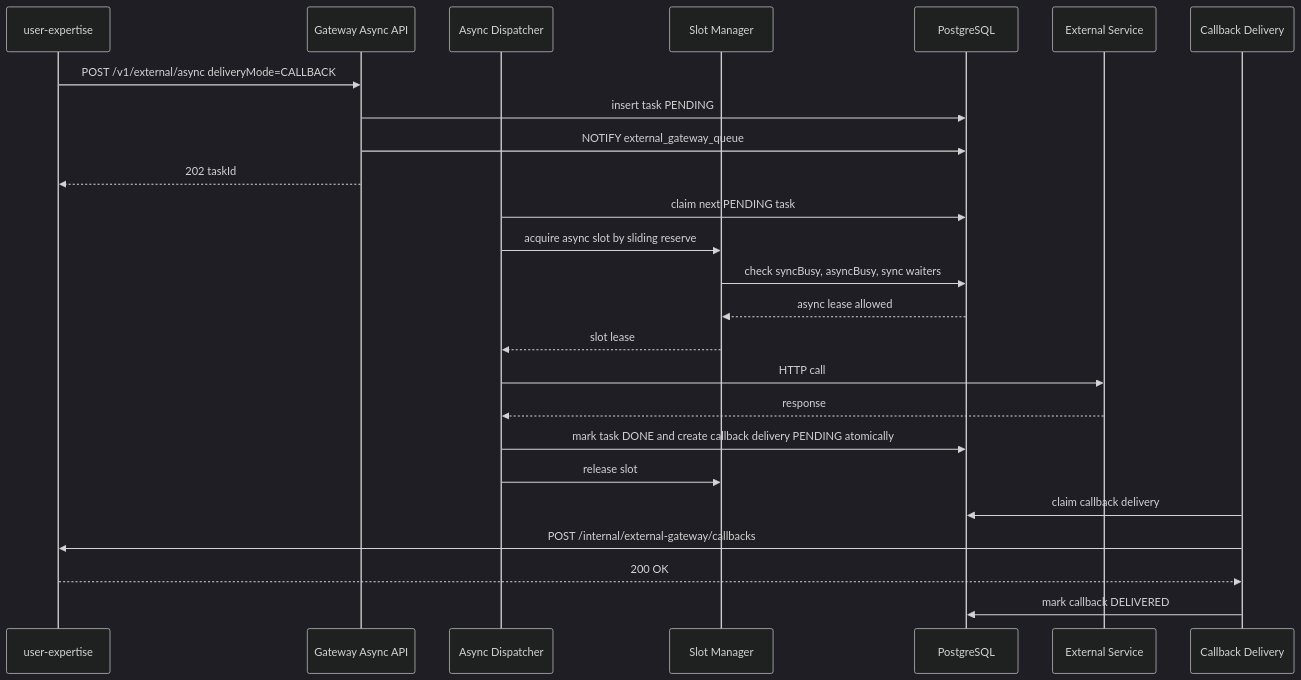
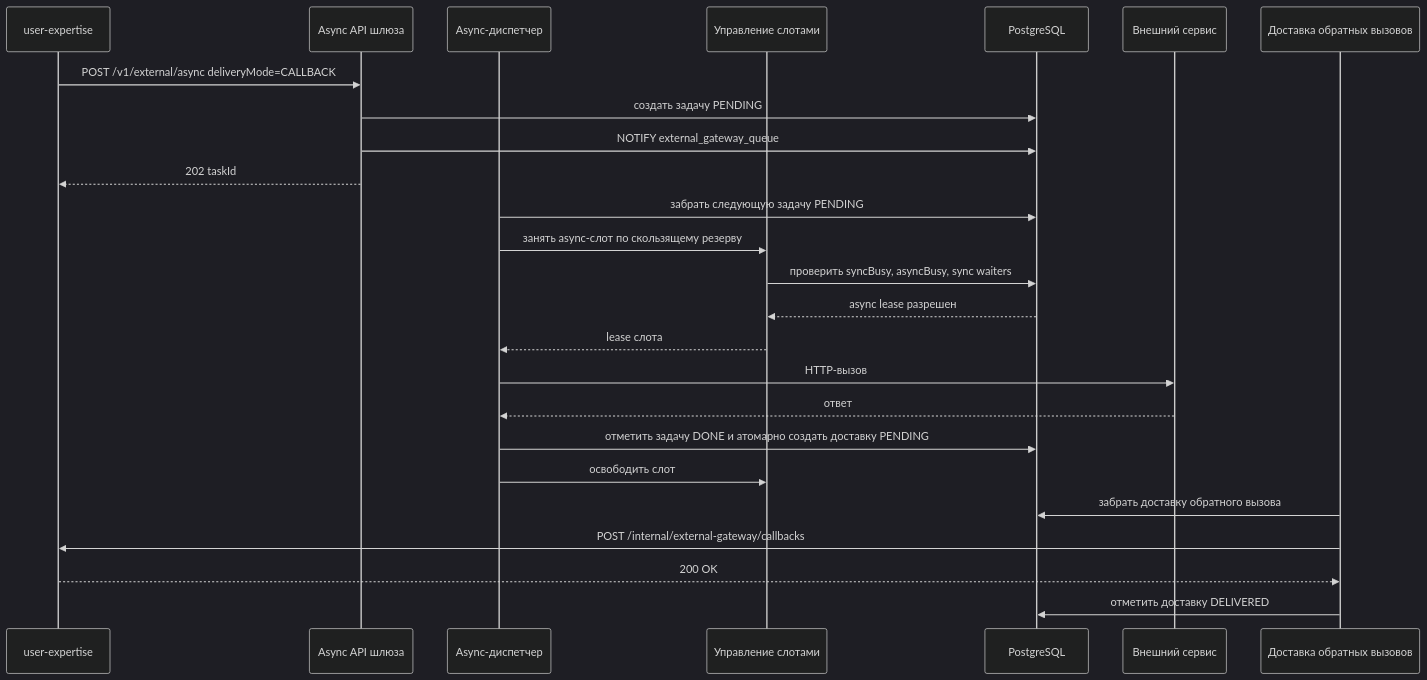
One commit to DenisVanin4402/TestQwenCli changed the fifth of 7 diagrams in docs/external-service-gateway/c4-architecture.md. Above: the diagram before and after it, drawn with Mermaid (dark theme). The commit also changed other lines of this file and 17 other files, not shown here.

Commit message:
sync\async api (first init) - rus

````diff
--- a/docs/external-service-gateway/c4-architecture.md
+++ b/docs/external-service-gateway/c4-architecture.md
@@ -143,31 +143,31 @@
 ```mermaid
 sequenceDiagram
     participant Client as user-expertise
-    participant API as Gateway Async API
-    participant Dispatcher as Async Dispatcher
-    participant Slots as Slot Manager
+    participant API as Async API шлюза
+    participant Dispatcher as Async-диспетчер
+    participant Slots as Управление слотами
     participant DB as PostgreSQL
-    participant Upstream as External Service
-    participant Callback as Callback Delivery
+    participant Upstream as Внешний сервис
+    participant Callback as Доставка обратных вызовов
 
     Client->>API: POST /v1/external/async deliveryMode=CALLBACK
-    API->>DB: insert task PENDING
+    API->>DB: создать задачу PENDING
     API->>DB: NOTIFY external_gateway_queue
     API-->>Client: 202 taskId
 
-    Dispatcher->>DB: claim next PENDING task
-    Dispatcher->>Slots: acquire async slot by sliding reserve
-    Slots->>DB: check syncBusy, asyncBusy, sync waiters
-    DB-->>Slots: async lease allowed
-    Slots-->>Dispatcher: slot lease
+    Dispatcher->>DB: забрать следующую задачу PENDING
+    Dispatcher->>Slots: занять async-слот по скользящему резерву
+    Slots->>DB: проверить syncBusy, asyncBusy, sync waiters
+    DB-->>Slots: async lease разрешен
+    Slots-->>Dispatcher: lease слота
 
-    Dispatcher->>Upstream: HTTP call
-    Upstream-->>Dispatcher: response
-    Dispatcher->>DB: mark task DONE and create callback delivery PENDING atomically
-    Dispatcher->>Slots: release slot
+    Dispatcher->>Upstream: HTTP-вызов
+    Upstream-->>Dispatcher: ответ
+    Dispatcher->>DB: отметить задачу DONE и атомарно создать доставку PENDING
+    Dispatcher->>Slots: освободить слот
 
-    Callback->>DB: claim callback delivery
+    Callback->>DB: забрать доставку обратного вызова
     Callback->>Client: POST /internal/external-gateway/callbacks
     Client-->>Callback: 200 OK
-    Callback->>DB: mark callback DELIVERED
+    Callback->>DB: отметить доставку DELIVERED
 ```
````
